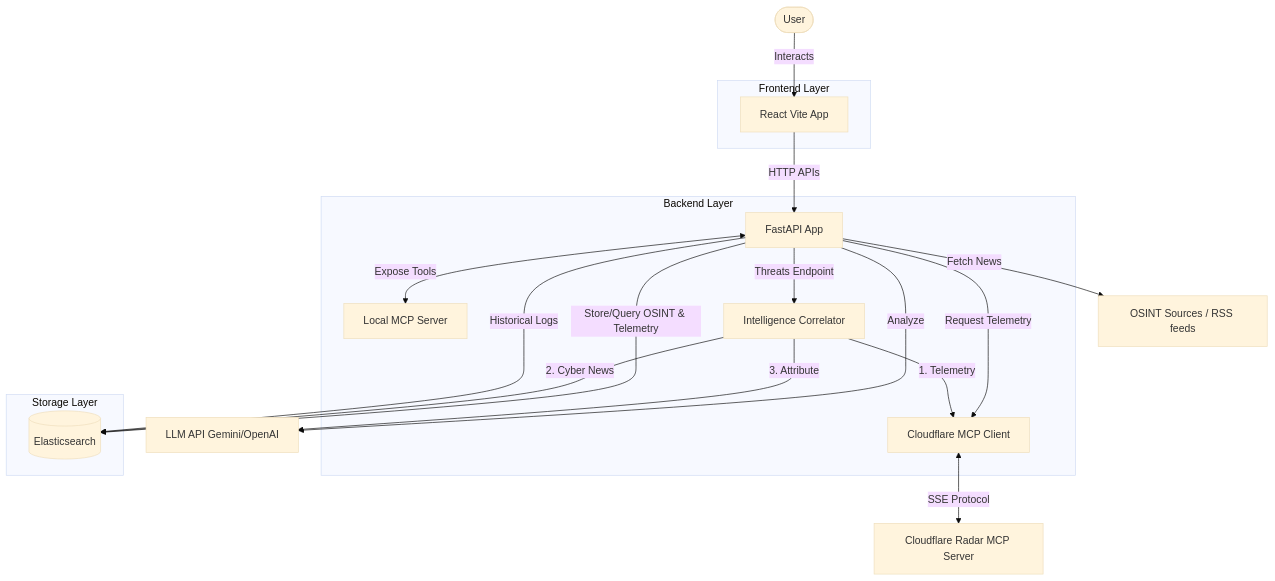
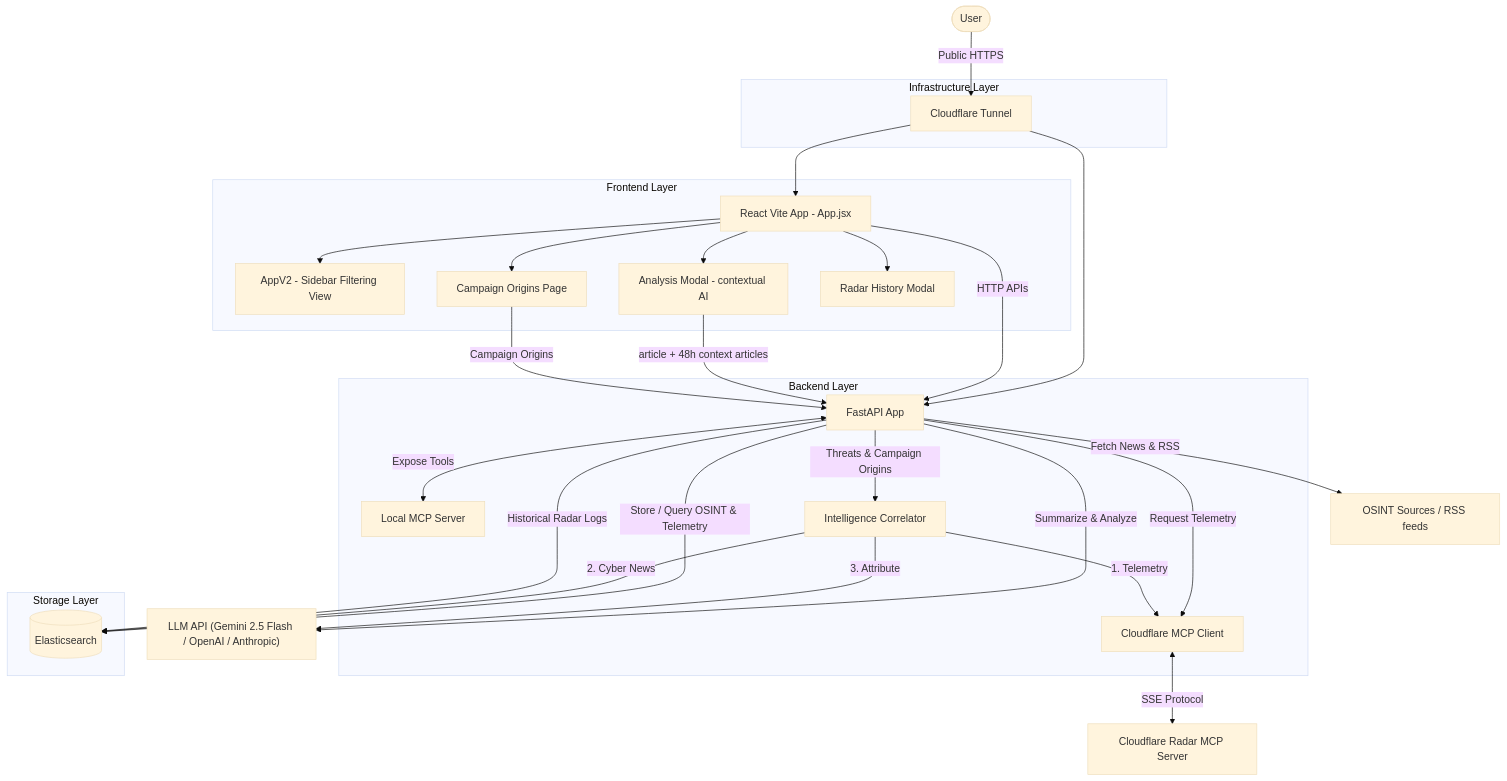
Before and after one commit to jcalbo/GeoIntel-360: the diagram in README.md, drawn with Mermaid (base theme). The commit also changed other lines of this file, not shown here.

````diff
--- a/README.md
+++ b/README.md
@@ -15,34 +15,53 @@
 ```mermaid
 graph TD
-    User([User]) -->|Interacts| Frontend
+    User([User]) -->|Public HTTPS| CloudflareTunnel[Cloudflare Tunnel]
+
+    subgraph Infra [Infrastructure Layer]
+        CloudflareTunnel
+    end
+
+    CloudflareTunnel --> Frontend
+    CloudflareTunnel --> Backend
+
     subgraph Client [Frontend Layer]
-        Frontend[React Vite App]
+        Frontend[React Vite App - App.jsx]
+        AppV2[AppV2 - Sidebar Filtering View]
+        CampaignPage[Campaign Origins Page]
+        AnalysisModal[Analysis Modal - contextual AI]
+        RadarHistoryModal[Radar History Modal]
+        Frontend --> AppV2
+        Frontend --> CampaignPage
+        Frontend --> AnalysisModal
+        Frontend --> RadarHistoryModal
     end
-    
+
     Frontend -->|HTTP APIs| Backend
-    
+
     subgraph Server [Backend Layer]
         Backend[FastAPI App]
         MCPServer[Local MCP Server]
         MCPClient[Cloudflare MCP Client]
         ThreatIntel[Intelligence Correlator]
     end
-    
-    Backend -->|Store/Query OSINT & Telemetry| ES[(Elasticsearch)]
-    Backend -->|Fetch News| ExtSources[OSINT Sources / RSS feeds]
-    Backend -->|Analyze| LLM[LLM API Gemini/OpenAI]
-    
+
+    Backend -->|Store / Query OSINT & Telemetry| ES[(Elasticsearch)]
+    Backend -->|Fetch News & RSS| ExtSources[OSINT Sources / RSS feeds]
+    Backend -->|Summarize & Analyze| LLM["LLM API (Gemini 2.5 Flash / OpenAI / Anthropic)"]
+
     Backend <-->|Expose Tools| MCPServer
     Backend -->|Request Telemetry| MCPClient
     MCPClient <-->|SSE Protocol| CloudflareRadar[Cloudflare Radar MCP Server]
-    
+
     ThreatIntel -->|1. Telemetry| MCPClient
     ThreatIntel -->|2. Cyber News| ES
     ThreatIntel -->|3. Attribute| LLM
-    Backend -->|Threats Endpoint| ThreatIntel
-    Backend -->|Historical Logs| ES
-    
+    Backend -->|Threats & Campaign Origins| ThreatIntel
+    Backend -->|Historical Radar Logs| ES
+
+    AnalysisModal -->|article + 48h context articles| Backend
+    CampaignPage -->|Campaign Origins| Backend
+
     subgraph Data [Storage Layer]
         ES
     end
 ```
````
